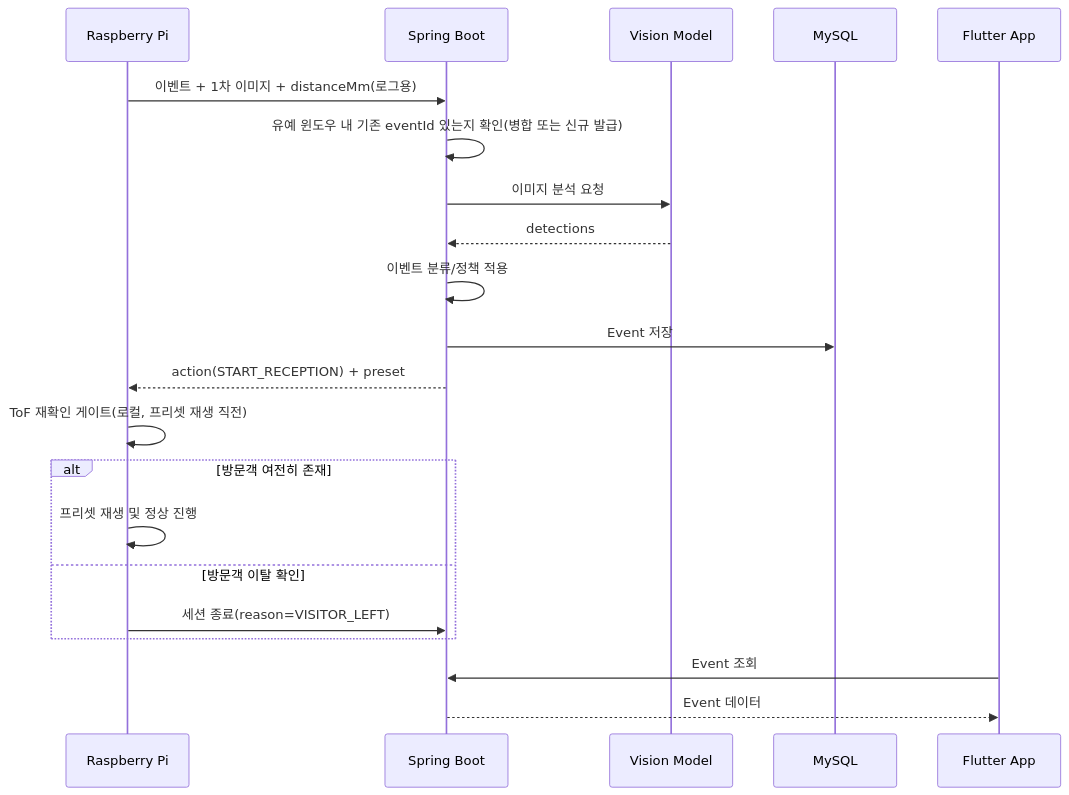
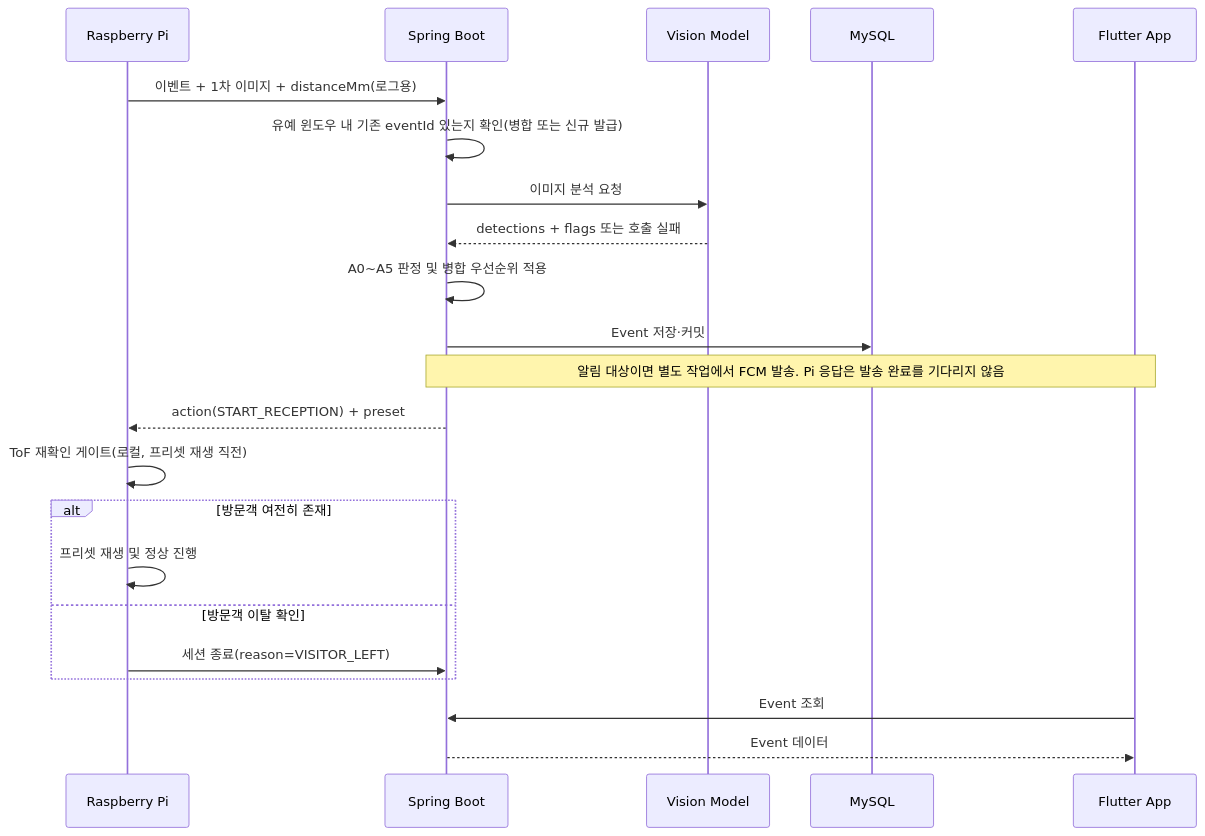
Before and after one commit to centreject/DataCat: the first of 2 diagrams in API_v1_5.md, drawn with Mermaid. The commit also changed other lines of this file and 1 other file, not shown here.

Commit message:
docs: 7주차 이미지 판정 및 FCM 연동 명세 정리

````diff
--- a/API_v1_5.md
+++ b/API_v1_5.md
@@ -965,24 +1132,25 @@
 ```mermaid
 sequenceDiagram
     participant Pi as Raspberry Pi
     participant Spring as Spring Boot
     participant Vision as Vision Model
     participant DB as MySQL
     participant App as Flutter App
 
     Pi->>Spring: 이벤트 + 1차 이미지 + distanceMm(로그용)
     Spring->>Spring: 유예 윈도우 내 기존 eventId 있는지 확인(병합 또는 신규 발급)
     Spring->>Vision: 이미지 분석 요청
-    Vision-->>Spring: detections
-    Spring->>Spring: 이벤트 분류/정책 적용
-    Spring->>DB: Event 저장
+    Vision-->>Spring: detections + flags 또는 호출 실패
+    Spring->>Spring: A0~A5 판정 및 병합 우선순위 적용
+    Spring->>DB: Event 저장·커밋
+    Note over Spring,App: 알림 대상이면 별도 작업에서 FCM 발송. Pi 응답은 발송 완료를 기다리지 않음
     Spring-->>Pi: action(START_RECEPTION) + preset
     Pi->>Pi: ToF 재확인 게이트(로컬, 프리셋 재생 직전)
     alt 방문객 여전히 존재
         Pi->>Pi: 프리셋 재생 및 정상 진행
     else 방문객 이탈 확인
         Pi->>Spring: 세션 종료(reason=VISITOR_LEFT)
     end
     App->>Spring: Event 조회
     Spring-->>App: Event 데이터
 ```
````
